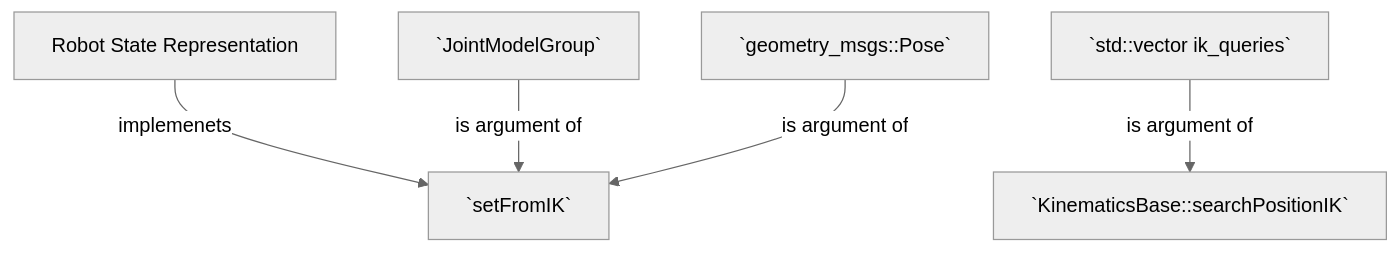
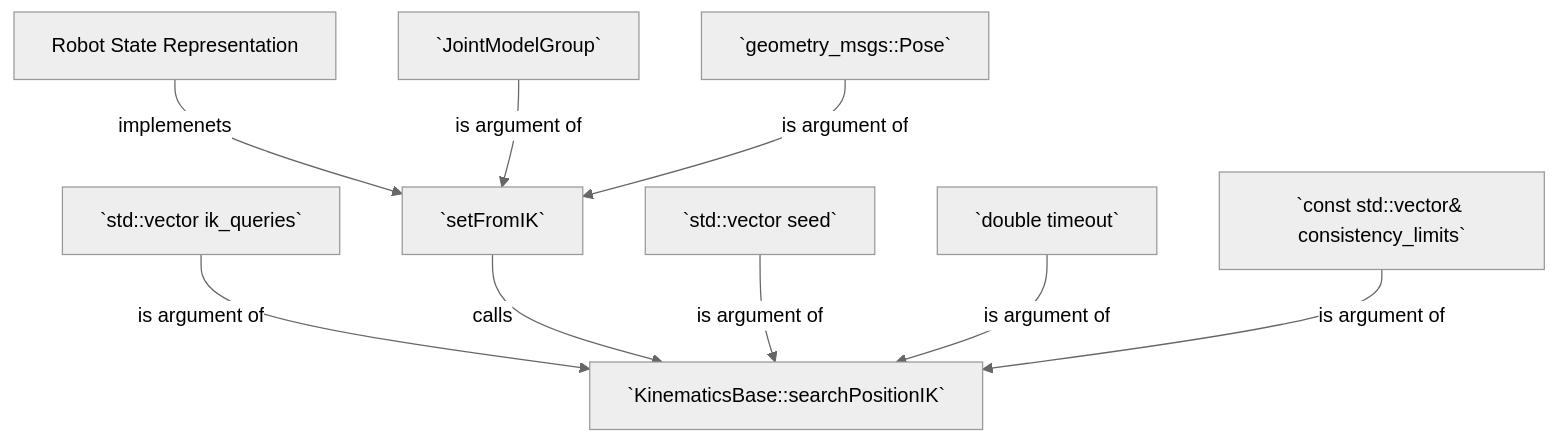
One commit to rafaelrojasmiliani/moveit_tutorial changed the diagram in 01_robot_model_and_kinematics/src/b_inverse_kinematics/readme.md. Above: the diagram before and after it, drawn with Mermaid (neutral theme). The commit also changed other lines of this file, not shown here.

Commit message:
[01] kinematic doc

````diff
--- a/01_robot_model_and_kinematics/src/b_inverse_kinematics/readme.md
+++ b/01_robot_model_and_kinematics/src/b_inverse_kinematics/readme.md
@@ -6,10 +6,14 @@
 ```mermaid
 graph TD;
     RS[Robot State Representation];
     RS -- implemenets --> SFIK[`setFromIK`];
 	G[`JointModelGroup`] -- is argument of --> SFIK;
 	P[`geometry_msgs::Pose`] -- is argument of --> SFIK;
 	IKQ[`std::vector<geometry_msgs::Pose> ik_queries`] -- is argument of --> SPIK;
-	SPIK[`KinematicsBase::searchPositionIK`]
+	SFIK -- calls --> SPIK;
+	SEED[`std::vector<double> seed`] -- is argument of --> SPIK;
+	TO[`double timeout`] -- is argument of --> SPIK;
+	CL[`const std::vector<double>& consistency_limits`] -- is argument of --> SPIK;
+	SPIK[`KinematicsBase::searchPositionIK`];
 	
 ```
````
